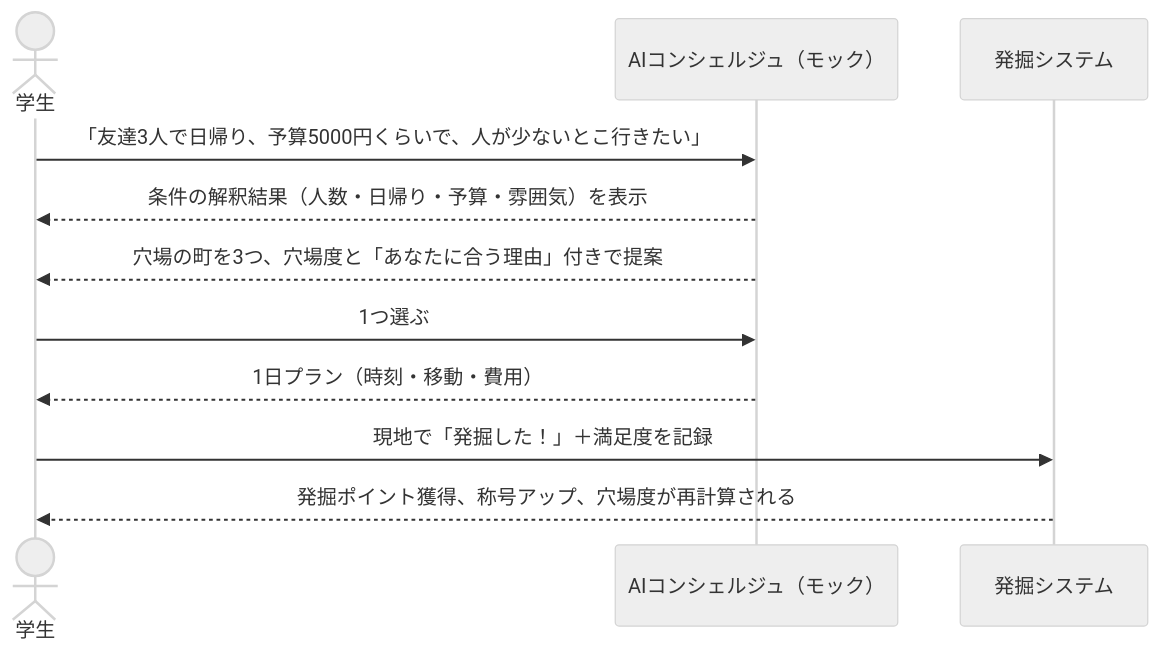
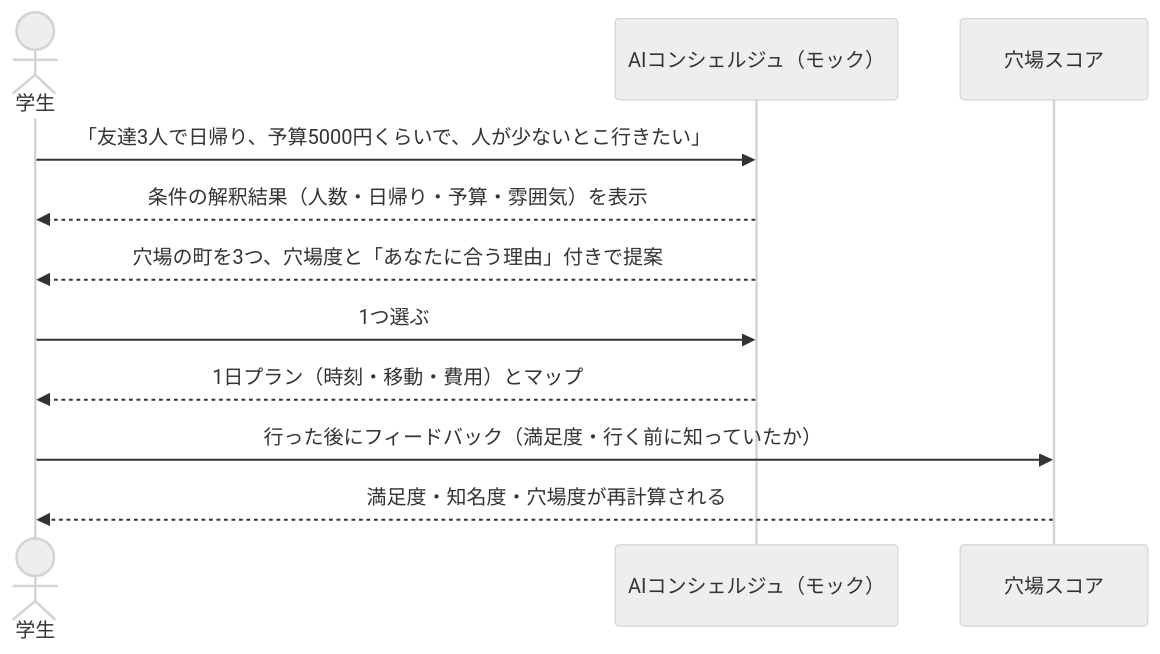
One commit to kosei-doi/poker changed the diagram in docs/requirements-poc.md. Above: the diagram before and after it, drawn with Mermaid (neutral theme). The commit also changed other lines of this file, not shown here.

````diff
--- a/docs/requirements-poc.md
+++ b/docs/requirements-poc.md
@@ -28,13 +28,13 @@
 ```mermaid
 sequenceDiagram
   actor U as 学生
   participant A as AIコンシェルジュ（モック）
-  participant G as 発掘システム
+  participant S as 穴場スコア
   U->>A: 「友達3人で日帰り、予算5000円くらいで、人が少ないとこ行きたい」
   A-->>U: 条件の解釈結果（人数・日帰り・予算・雰囲気）を表示
   A-->>U: 穴場の町を3つ、穴場度と「あなたに合う理由」付きで提案
   U->>A: 1つ選ぶ
-  A-->>U: 1日プラン（時刻・移動・費用）
-  U->>G: 現地で「発掘した！」＋満足度を記録
-  G-->>U: 発掘ポイント獲得、称号アップ、穴場度が再計算される
+  A-->>U: 1日プラン（時刻・移動・費用）とマップ
+  U->>S: 行った後にフィードバック（満足度・行く前に知っていたか）
+  S-->>U: 満足度・知名度・穴場度が再計算される
 ```
````
